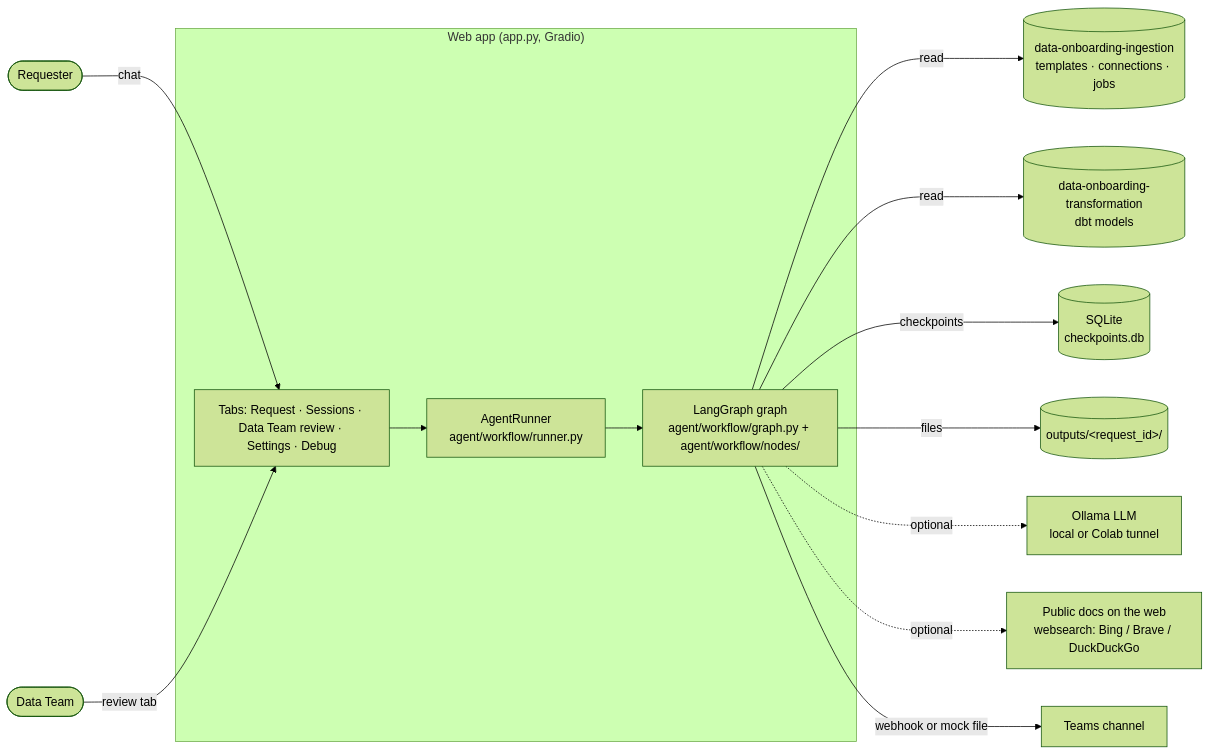
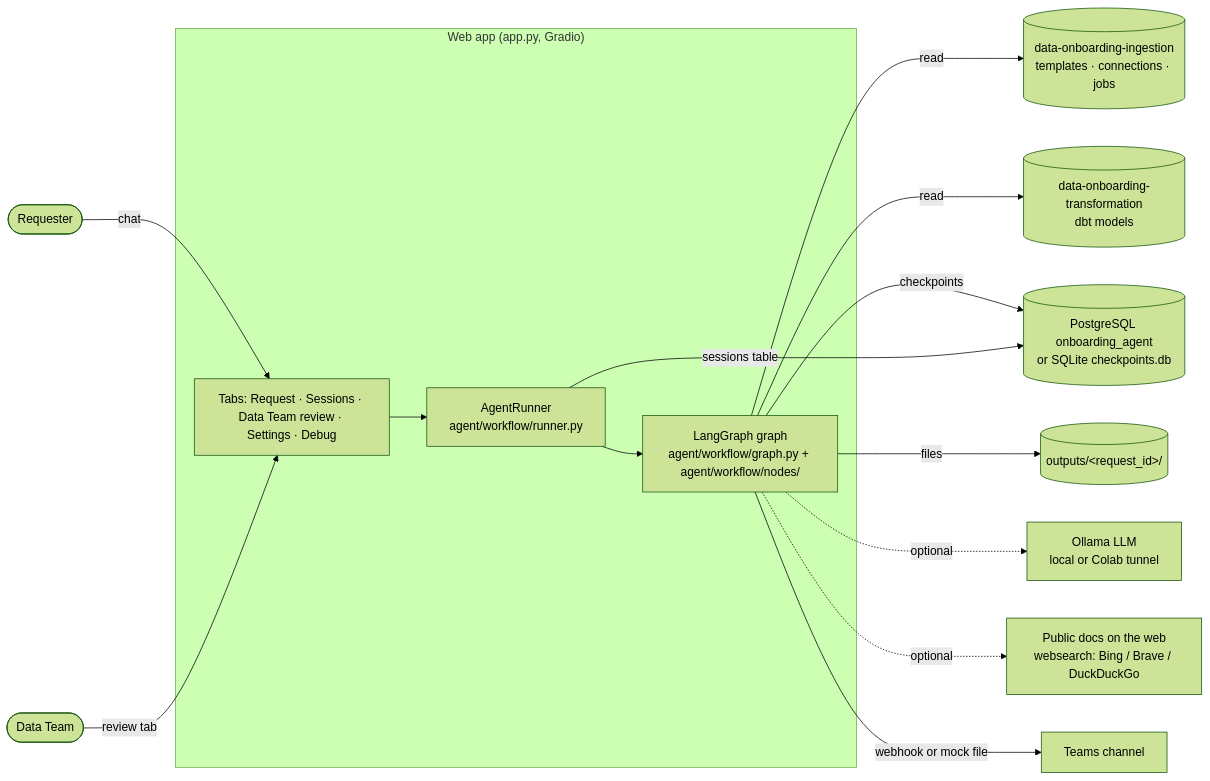
The first of 2 diagrams in docs/ARCHITECTURE.md (thanhphat2609/data-onboarding-agent), drawn with Mermaid (forest theme) before and after one commit. The commit also changed other lines of this file and 16 other files, not shown here.

First line of the commit message:
Store sessions in PostgreSQL with a sessions table; DNS fix for Docker

````diff
--- a/docs/ARCHITECTURE.md
+++ b/docs/ARCHITECTURE.md
@@ -7,18 +7,19 @@
 ```mermaid
 flowchart LR
     R([Requester]) -- chat --> UI
     DT([Data Team]) -- review tab --> UI
     subgraph App["Web app (app.py, Gradio)"]
         UI[Tabs: Request · Sessions · Data Team review · Settings · Debug]
         RUN[AgentRunner<br/>agent/workflow/runner.py]
         G[LangGraph graph<br/>agent/workflow/graph.py + agent/workflow/nodes/]
         UI --> RUN --> G
     end
     G -- read --> ING[(data-onboarding-ingestion<br/>templates · connections · jobs)]
     G -- read --> TRF[(data-onboarding-transformation<br/>dbt models)]
-    G -- checkpoints --> DB[(SQLite<br/>checkpoints.db)]
+    G -- checkpoints --> DB[(PostgreSQL onboarding_agent<br/>or SQLite checkpoints.db)]
+    RUN -- sessions table --> DB
     G -- files --> OUT[(outputs/&lt;request_id&gt;/)]
     G -. optional .-> LLM[Ollama LLM<br/>local or Colab tunnel]
     G -. optional .-> WEB[Public docs on the web<br/>websearch: Bing / Brave / DuckDuckGo]
     G -- webhook or mock file --> T[Teams channel]
 ```
````
